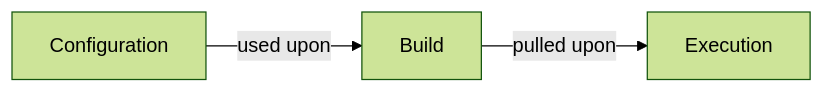
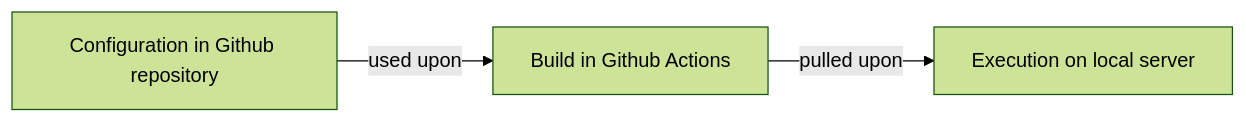
One commit to MSF-OCG/LIME-EMR changed the diagram in README.md. Above: the diagram before and after it, drawn with Mermaid.

````diff
--- a/README.md
+++ b/README.md
@@ -3,6 +3,6 @@
 ```mermaid
 %%{init: {'theme':'forest'}}%%
 flowchart LR
-      A[Configuration] -->|used upon| B[Build]
-      B -->|pulled upon| C[Execution]
+      A[Configuration in Github repository] -->|used upon| B[Build in Github Actions]
+      B -->|pulled upon| C[Execution on local server]
 ```
````
